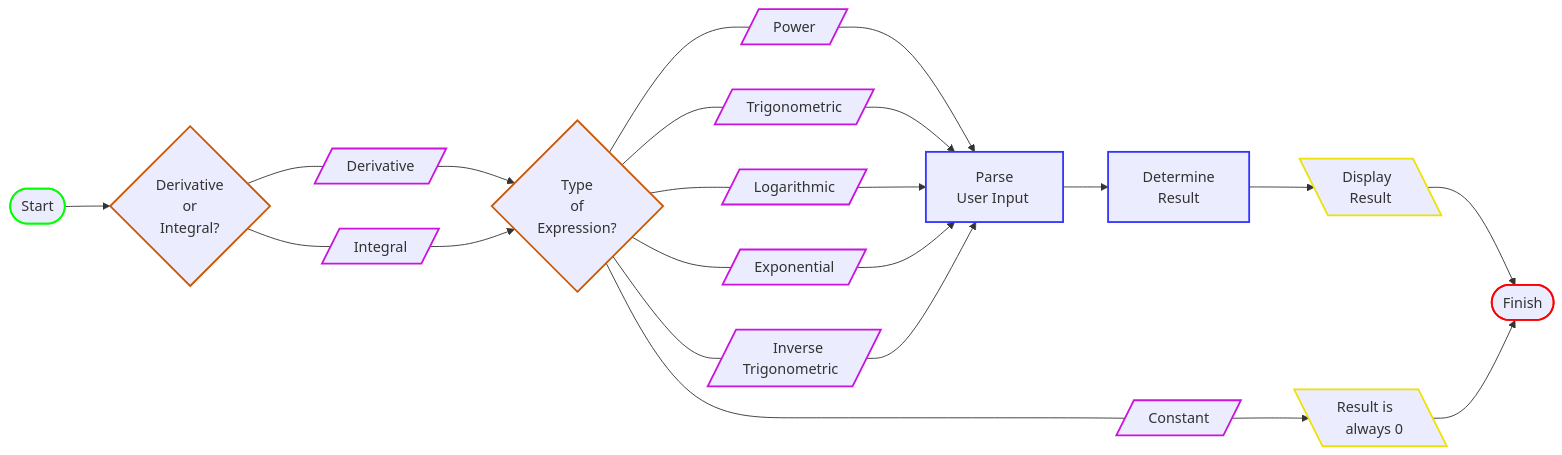
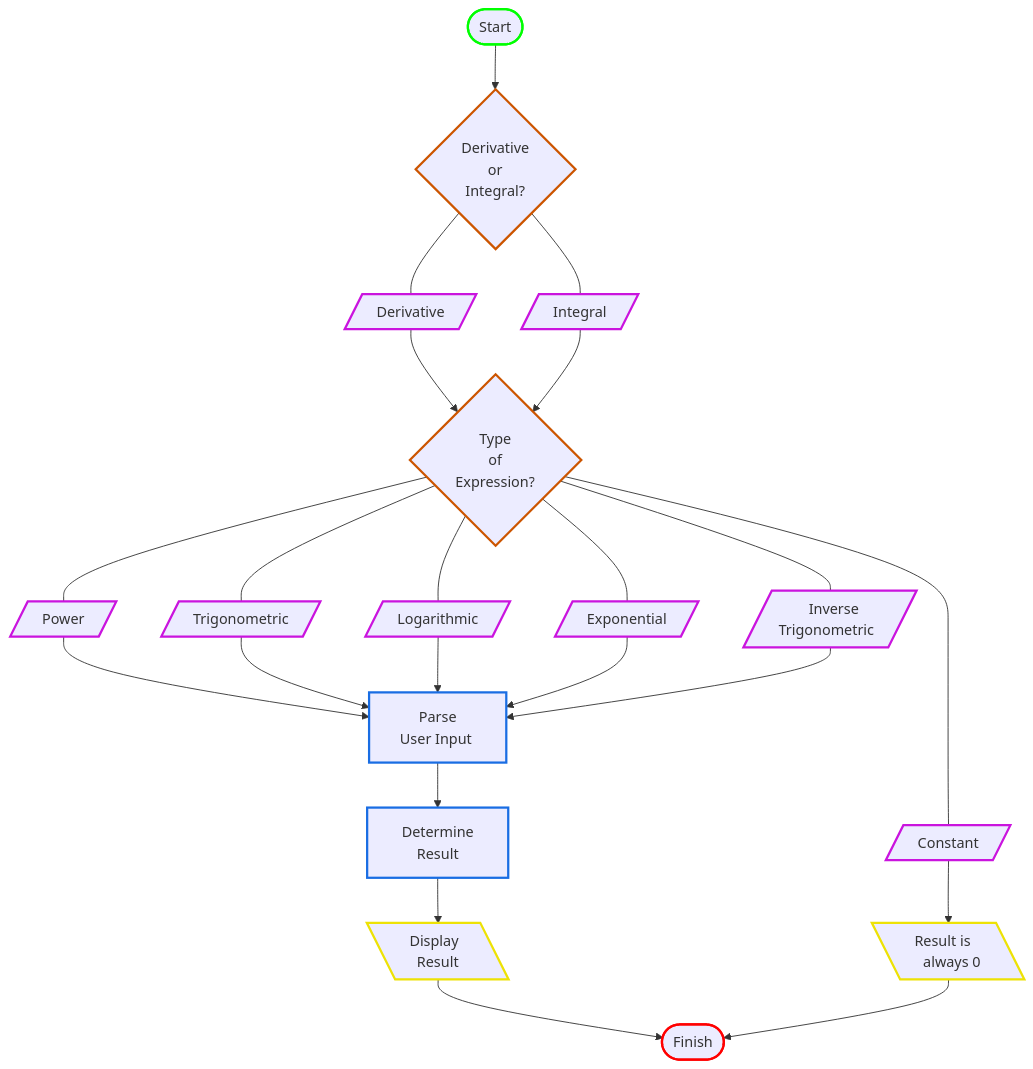
Before and after one commit to trbaxter/fractional-calculus-computation-api: the first of 2 diagrams in README.md, drawn with Mermaid. The commit also changed other lines of this file, not shown here.

Commit message:
mermaid diagram was Left->Right rather than Top->Bottom

````diff
--- a/README.md
+++ b/README.md
@@ -30,63 +30,61 @@
 ```mermaid
 
 
 
-flowchart LR
+flowchart TB
     
     %% Sim Start %%
     A([Start]):::start
     
     %% Sim End %% 
     Z([Finish]):::finish
     
     %% Sim Actions %%
     AA[Parse\n &nbspUser Input &nbsp]:::action
     AAA[&nbsp Determine &nbsp\nResult]:::action
 
     
     %% Sim Decisions %%
     B{Derivative\nor\nIntegral?}:::decision
     E{Type\nof\nExpression?}:::decision
     
     
     %% Input %%
     C1[/&nbsp Derivative &nbsp/]:::input
     C2[/&nbsp Integral &nbsp/]:::input
     F1[/&nbsp Constant &nbsp/]:::input
     F2[/&nbsp Power &nbsp/]:::input
     F3[/&nbsp Trigonometric &nbsp/]:::input
     F4[/&nbsp Logarithmic &nbsp/]:::input
     F5[/&nbsp Exponential &nbsp/]:::input
     F6[/&nbsp Inverse\nTrigonometric &nbsp/]:::input
     
     
     
     %% Output %%
     I1[\ &nbsp Display &nbsp &nbsp\n &nbsp Result &nbsp\]:::output
     I2[\ &nbsp Result is &nbsp&nbsp&nbsp&nbsp\n &nbsp &nbsp always 0 &nbsp \]:::output
     
 
     
     %% Links %%
     A --> B
     B --- C1 & C2
     C1 & C2 --> E
     E --- F1 & F2 & F3 & F4 & F5 & F6
     F1 --> I2
     F2 & F3 & F4 & F5 & F6 --> AA
     AA --> AAA
     AAA --> I1
     I1 --> Z
     I2 --> Z
 
-    
-    
-
-    %% Class Colors %%
-    classDef start stroke:#0f0,stroke-width:2px;
-    classDef finish stroke:#f00, stroke-width:2px;
-    classDef decision stroke:#cc5500, stroke-width:2px;
-    classDef action stroke:#33FF, stroke-width:2px;
-    classDef input stroke:#ca14de, stroke-width:2px;
-    classDef output stroke:#ede205 , stroke-width:2px;
+%% Class Colors %%
+    classDef start stroke: #0f0, stroke-width: 2.5px;
+    classDef finish stroke: #f00, stroke-width: 2.5px;
+    classDef decision stroke: #cc5500, stroke-width: 2.5px;
+    classDef action stroke: #196de3, stroke-width: 2.5px;
+    classDef input stroke: #ca14de, stroke-width: 2.5px;
+    classDef output stroke: #ede205 , stroke-width: 2.5px;
+    classDef empty width: 0px, height: 0px;
 ```
````
